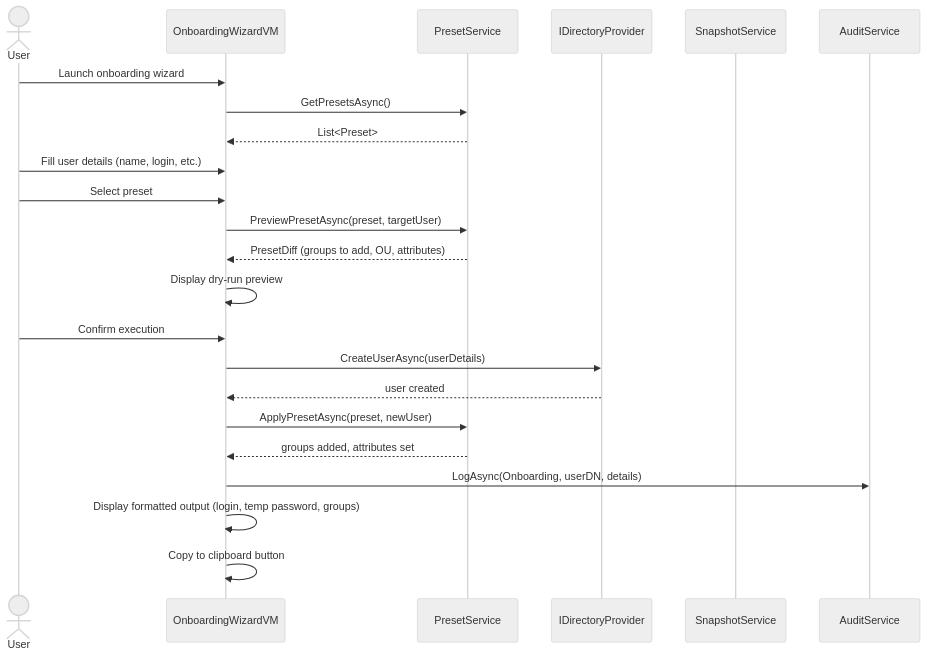
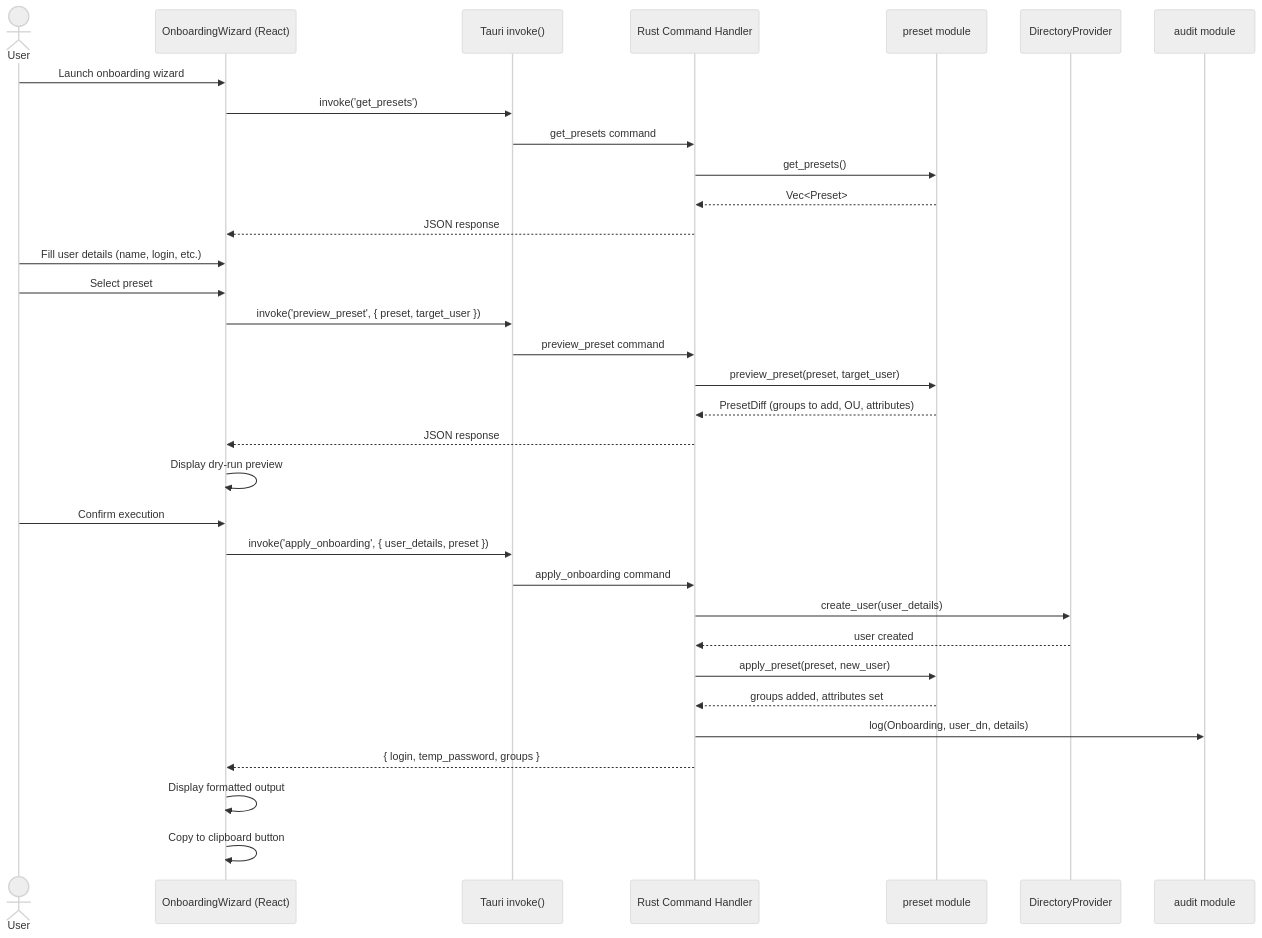
The third of 4 diagrams in docs/architecture/core-workflows.md (Rwx-G/DSPanel), drawn with Mermaid (neutral theme) before and after one commit. The commit also changed other lines of this file and 320 other files, not shown here.

First line of the commit message:
chore: migrate project from C#/WPF/.NET to Rust/Tauri v2 + React/TypeScript

````diff
--- a/docs/architecture/core-workflows.md
+++ b/docs/architecture/core-workflows.md
@@ -75,28 +87,38 @@
 ```mermaid
 sequenceDiagram
     actor User
-    participant Wizard as OnboardingWizardVM
-    participant Preset as PresetService
-    participant Dir as IDirectoryProvider
-    participant Snap as SnapshotService
-    participant Audit as AuditService
+    participant UI as OnboardingWizard (React)
+    participant IPC as Tauri invoke()
+    participant Cmd as Rust Command Handler
+    participant Preset as preset module
+    participant Dir as DirectoryProvider
+    participant Audit as audit module
 
-    User->>Wizard: Launch onboarding wizard
-    Wizard->>Preset: GetPresetsAsync()
-    Preset-->>Wizard: List<Preset>
+    User->>UI: Launch onboarding wizard
+    UI->>IPC: invoke('get_presets')
+    IPC->>Cmd: get_presets command
+    Cmd->>Preset: get_presets()
+    Preset-->>Cmd: Vec<Preset>
+    Cmd-->>UI: JSON response
 
-    User->>Wizard: Fill user details (name, login, etc.)
-    User->>Wizard: Select preset
-    Wizard->>Preset: PreviewPresetAsync(preset, targetUser)
-    Preset-->>Wizard: PresetDiff (groups to add, OU, attributes)
-    Wizard->>Wizard: Display dry-run preview
+    User->>UI: Fill user details (name, login, etc.)
+    User->>UI: Select preset
+    UI->>IPC: invoke('preview_preset', { preset, target_user })
+    IPC->>Cmd: preview_preset command
+    Cmd->>Preset: preview_preset(preset, target_user)
+    Preset-->>Cmd: PresetDiff (groups to add, OU, attributes)
+    Cmd-->>UI: JSON response
+    UI->>UI: Display dry-run preview
 
-    User->>Wizard: Confirm execution
-    Wizard->>Dir: CreateUserAsync(userDetails)
-    Dir-->>Wizard: user created
-    Wizard->>Preset: ApplyPresetAsync(preset, newUser)
-    Preset-->>Wizard: groups added, attributes set
-    Wizard->>Audit: LogAsync(Onboarding, userDN, details)
-    Wizard->>Wizard: Display formatted output (login, temp password, groups)
-    Wizard->>Wizard: Copy to clipboard button
+    User->>UI: Confirm execution
+    UI->>IPC: invoke('apply_onboarding', { user_details, preset })
+    IPC->>Cmd: apply_onboarding command
+    Cmd->>Dir: create_user(user_details)
+    Dir-->>Cmd: user created
+    Cmd->>Preset: apply_preset(preset, new_user)
+    Preset-->>Cmd: groups added, attributes set
+    Cmd->>Audit: log(Onboarding, user_dn, details)
+    Cmd-->>UI: { login, temp_password, groups }
+    UI->>UI: Display formatted output
+    UI->>UI: Copy to clipboard button
 ```
````
